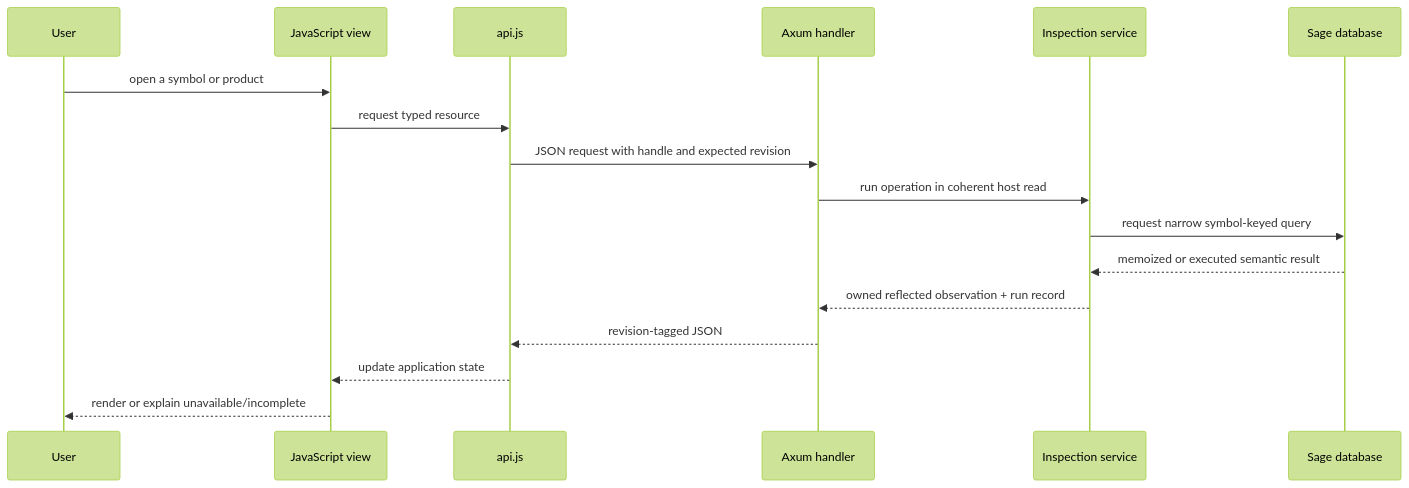
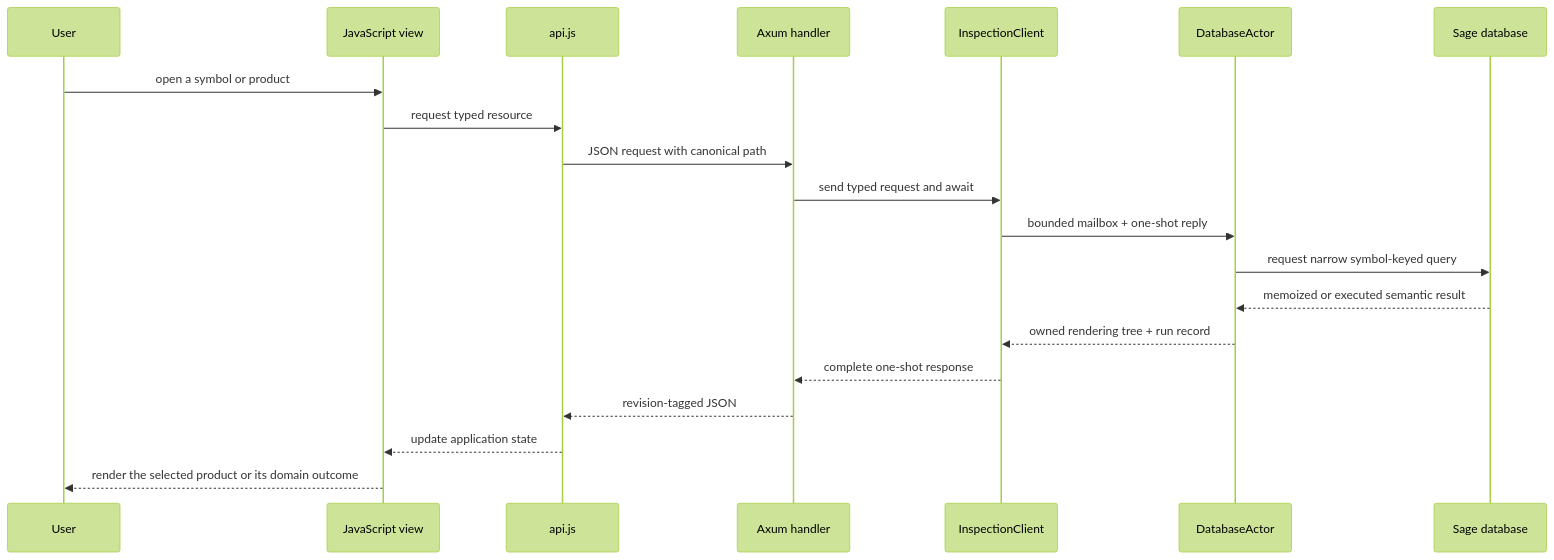
One commit to nikomatsakis/sage-dev changed the diagram in md/rfds/semantic-inspector/web-application.md. Above: the diagram before and after it, drawn with Mermaid (forest theme). The commit also changed other lines of this file and 5 other files, not shown here.

````diff
--- a/md/rfds/semantic-inspector/web-application.md
+++ b/md/rfds/semantic-inspector/web-application.md
@@ -55,20 +55,23 @@
 ```mermaid
 sequenceDiagram
     participant U as User
     participant V as JavaScript view
     participant A as api.js
     participant H as Axum handler
-    participant S as Inspection service
+    participant C as InspectionClient
+    participant B as DatabaseActor
     participant D as Sage database
 
     U->>V: open a symbol or product
     V->>A: request typed resource
-    A->>H: JSON request with handle and expected revision
-    H->>S: run operation in coherent host read
-    S->>D: request narrow symbol-keyed query
-    D-->>S: memoized or executed semantic result
-    S-->>H: owned reflected observation + run record
+    A->>H: JSON request with canonical path
+    H->>C: send typed request and await
+    C->>B: bounded mailbox + one-shot reply
+    B->>D: request narrow symbol-keyed query
+    D-->>B: memoized or executed semantic result
+    B-->>C: owned rendering tree + run record
+    C-->>H: complete one-shot response
     H-->>A: revision-tagged JSON
     A-->>V: update application state
-    V-->>U: render or explain unavailable/incomplete
+    V-->>U: render the selected product or its domain outcome
 ```
````
